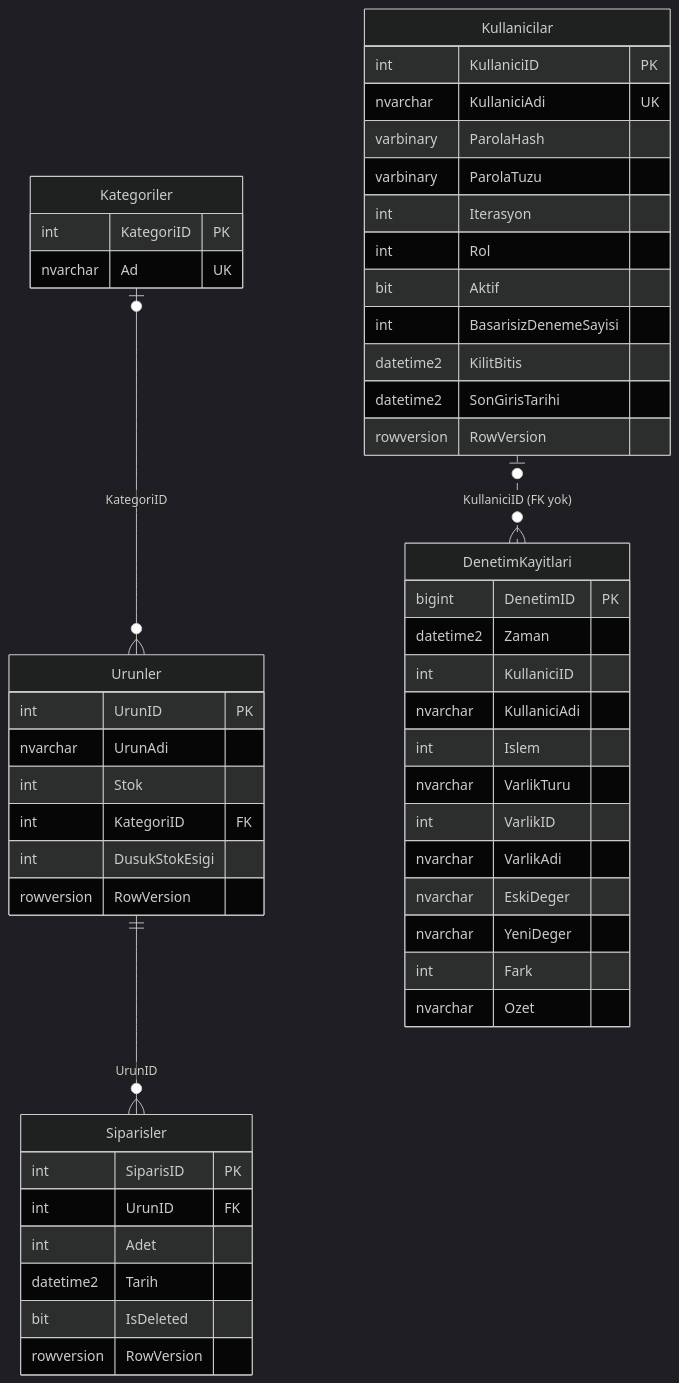
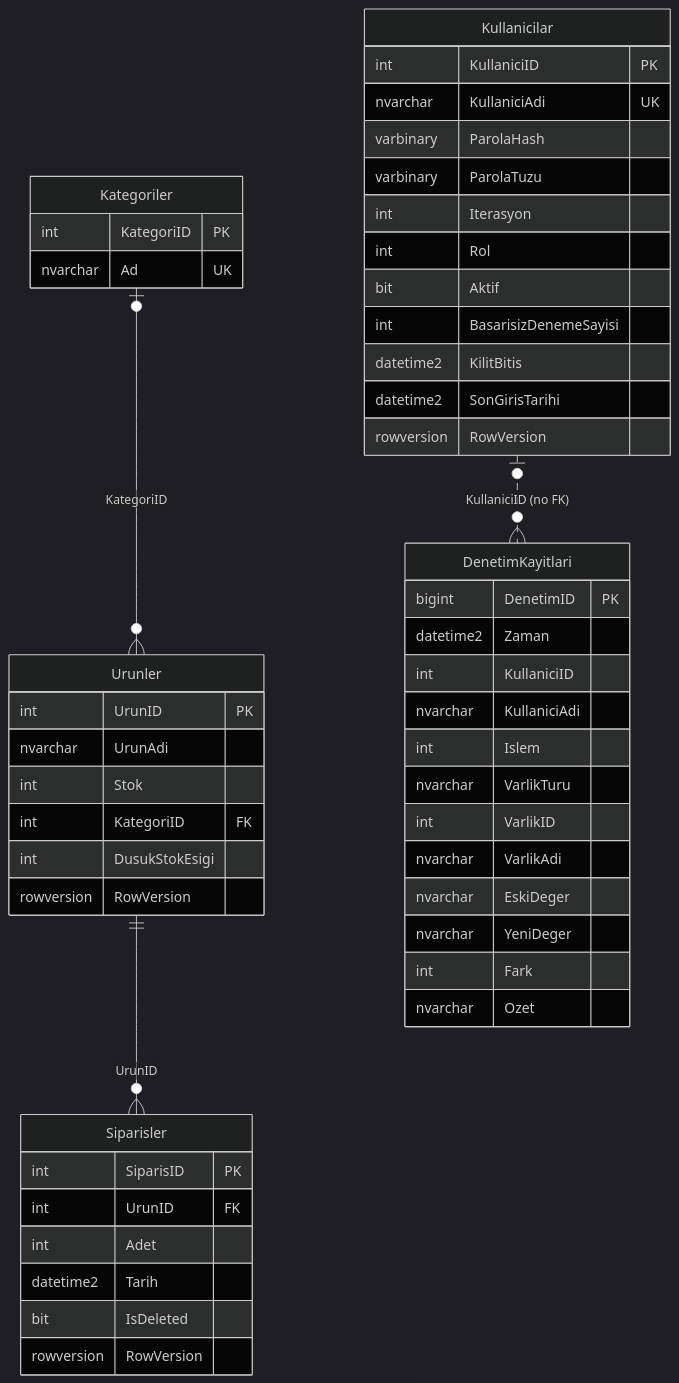
One commit to ayberkaarda/StokTakipApp changed the second of 2 diagrams in README.md. Above: the diagram before and after it, drawn with Mermaid (dark theme). The commit also changed other lines of this file and 3 other files, not shown here.

````diff
--- a/README.md
+++ b/README.md
@@ -345,53 +349,53 @@
 ```mermaid
 erDiagram
     Kategoriler |o--o{ Urunler : "KategoriID"
     Urunler ||--o{ Siparisler : "UrunID"
-    Kullanicilar |o..o{ DenetimKayitlari : "KullaniciID (FK yok)"
+    Kullanicilar |o..o{ DenetimKayitlari : "KullaniciID (no FK)"
     Kategoriler {
         int KategoriID PK
         nvarchar Ad UK
     }
     Urunler {
         int UrunID PK
         nvarchar UrunAdi
         int Stok
         int KategoriID FK
         int DusukStokEsigi
         rowversion RowVersion
     }
     Siparisler {
         int SiparisID PK
         int UrunID FK
         int Adet
         datetime2 Tarih
         bit IsDeleted
         rowversion RowVersion
     }
     Kullanicilar {
         int KullaniciID PK
         nvarchar KullaniciAdi UK
         varbinary ParolaHash
         varbinary ParolaTuzu
         int Iterasyon
         int Rol
         bit Aktif
         int BasarisizDenemeSayisi
         datetime2 KilitBitis
         datetime2 SonGirisTarihi
         rowversion RowVersion
     }
     DenetimKayitlari {
         bigint DenetimID PK
         datetime2 Zaman
         int KullaniciID
         nvarchar KullaniciAdi
         int Islem
         nvarchar VarlikTuru
         int VarlikID
         nvarchar VarlikAdi
         nvarchar EskiDeger
         nvarchar YeniDeger
         int Fark
         nvarchar Ozet
     }
 ```
````
